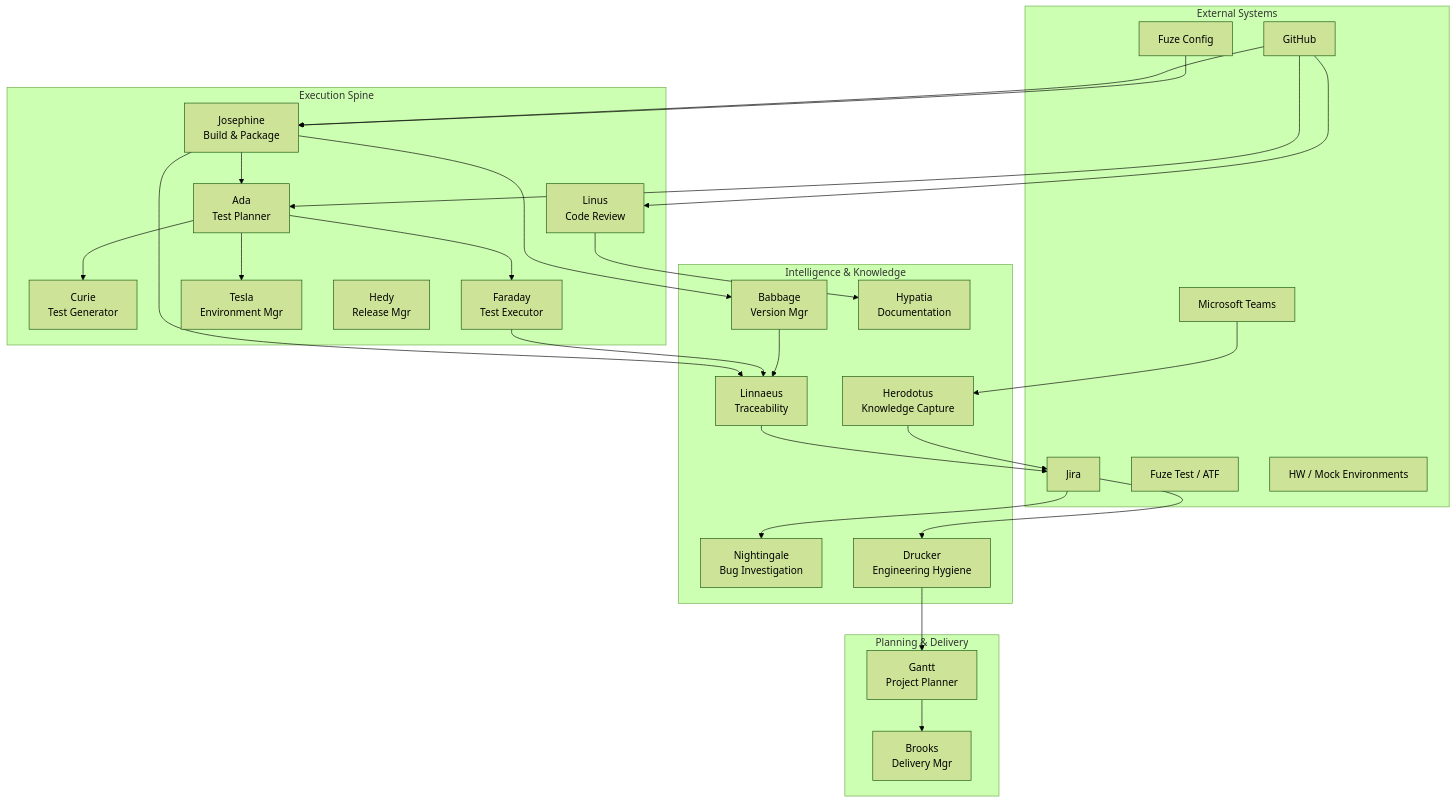
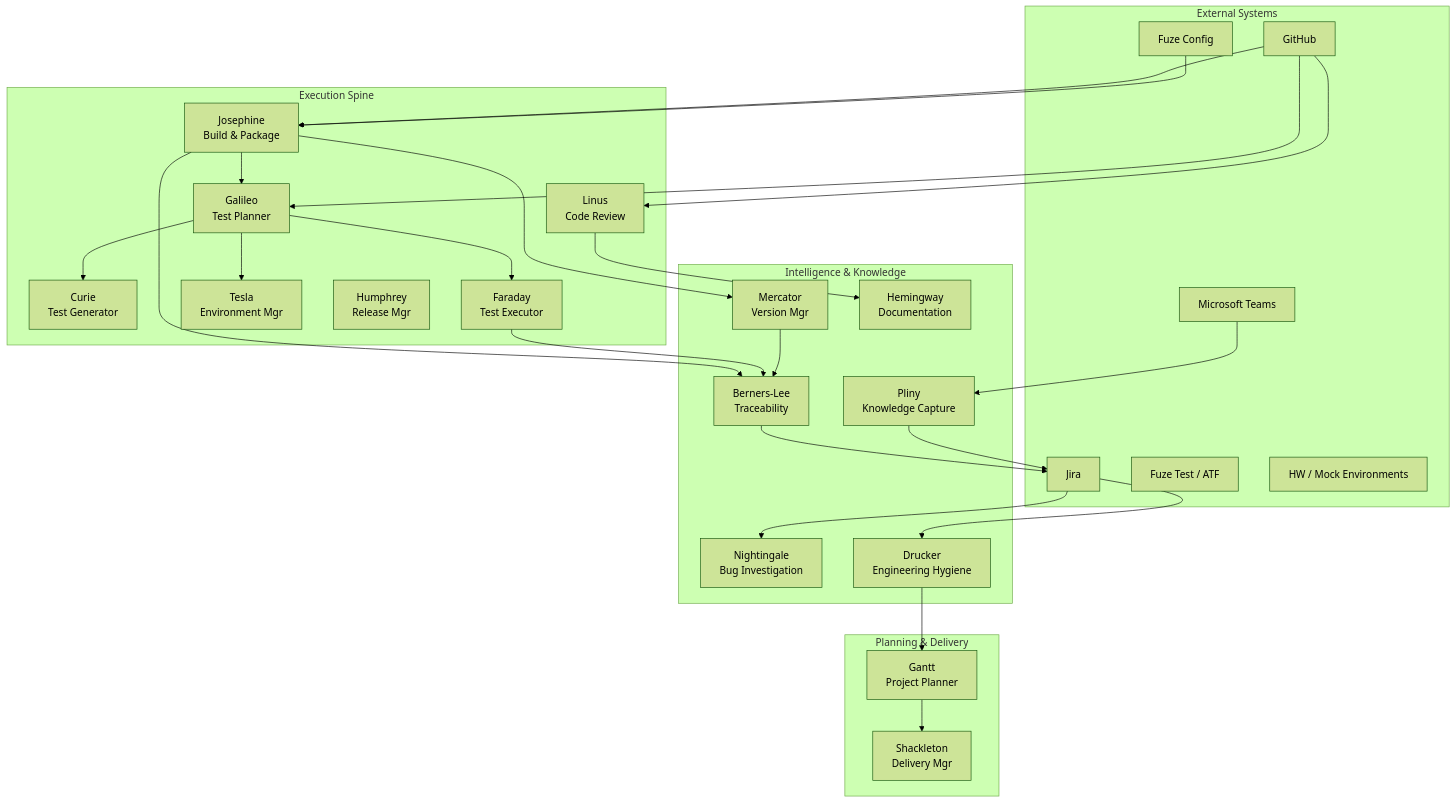
One commit to jmac-cornelis/agent-workforce changed the first of 2 diagrams in docs/workforce/README.md. Above: the diagram before and after it, drawn with Mermaid (forest theme). The commit also changed other lines of this file and 157 other files, not shown here.

````diff
--- a/docs/workforce/README.md
+++ b/docs/workforce/README.md
@@ -92,45 +92,45 @@
 ```mermaid
 graph TB
     subgraph External["External Systems"]
         GH[GitHub]
         JI[Jira]
         TE[Microsoft Teams]
         FZ[Fuze Config]
         ATF[Fuze Test / ATF]
         HIL[HW / Mock Environments]
     end
     subgraph Spine["Execution Spine"]
         JOS[Josephine<br/>Build & Package]
-        ADA[Ada<br/>Test Planner]
+        ADA[Galileo<br/>Test Planner]
         CUR[Curie<br/>Test Generator]
         FAR[Faraday<br/>Test Executor]
         TES[Tesla<br/>Environment Mgr]
-        HED[Hedy<br/>Release Mgr]
+        HED[Humphrey<br/>Release Mgr]
         LIN_R[Linus<br/>Code Review]
     end
     subgraph Intel["Intelligence & Knowledge"]
-        BAB[Babbage<br/>Version Mgr]
-        LIN[Linnaeus<br/>Traceability]
-        HER[Herodotus<br/>Knowledge Capture]
-        HYP[Hypatia<br/>Documentation]
+        BAB[Mercator<br/>Version Mgr]
+        LIN[Berners-Lee<br/>Traceability]
+        HER[Pliny<br/>Knowledge Capture]
+        HYP[Hemingway<br/>Documentation]
         NIG[Nightingale<br/>Bug Investigation]
         DRU[Drucker<br/>Engineering Hygiene]
     end
     subgraph Plan["Planning & Delivery"]
         GAN[Gantt<br/>Project Planner]
-        BRO[Brooks<br/>Delivery Mgr]
+        BRO[Shackleton<br/>Delivery Mgr]
     end
     GH --> JOS & LIN_R & ADA
     FZ --> JOS
     JOS --> BAB & ADA & LIN
     ADA --> CUR & TES & FAR
     FAR --> LIN
     BAB --> LIN
     LIN --> JI
     TE --> HER
     HER --> JI
     LIN_R --> HYP
     JI --> NIG & DRU
     DRU --> GAN
     GAN --> BRO
 ```
````
